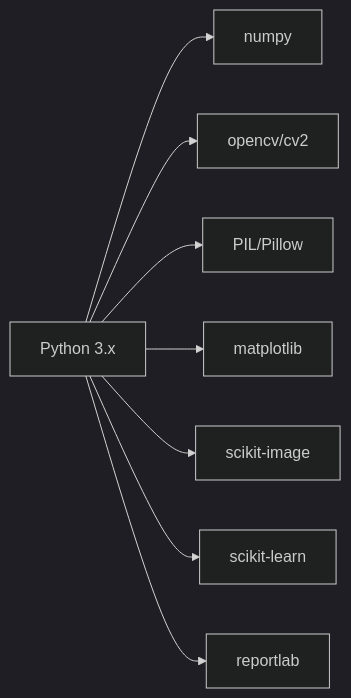
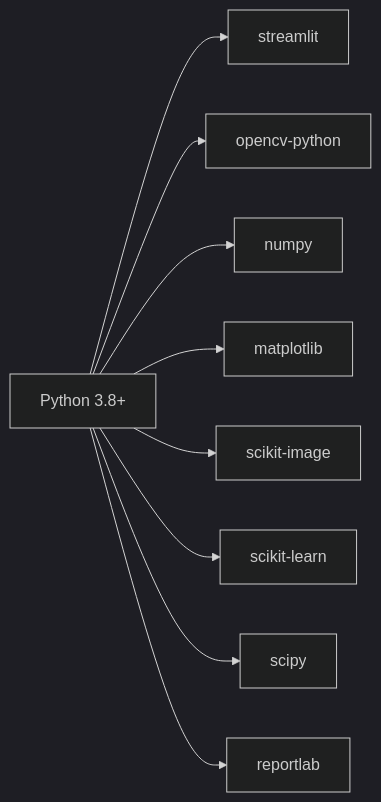
One commit to matheus-nsouza/Processamento_de_Imagens_E01_Grupo6 changed the first of 4 diagrams in README.md. Above: the diagram before and after it, drawn with Mermaid (dark theme). The commit also changed other lines of this file, not shown here.

````diff
--- a/README.md
+++ b/README.md
@@ -80,10 +101,11 @@
 ```mermaid
 graph LR
-    A[Python 3.x] --> B[numpy]
-    A --> C[opencv/cv2]
-    A --> D[PIL/Pillow]
+    A[Python 3.8+] --> B[streamlit]
+    A --> C[opencv-python]
+    A --> D[numpy]
     A --> E[matplotlib]
     A --> F[scikit-image]
     A --> G[scikit-learn]
-    A --> H[reportlab]
+    A --> H[scipy]
+    A --> I[reportlab]
 ```
````
